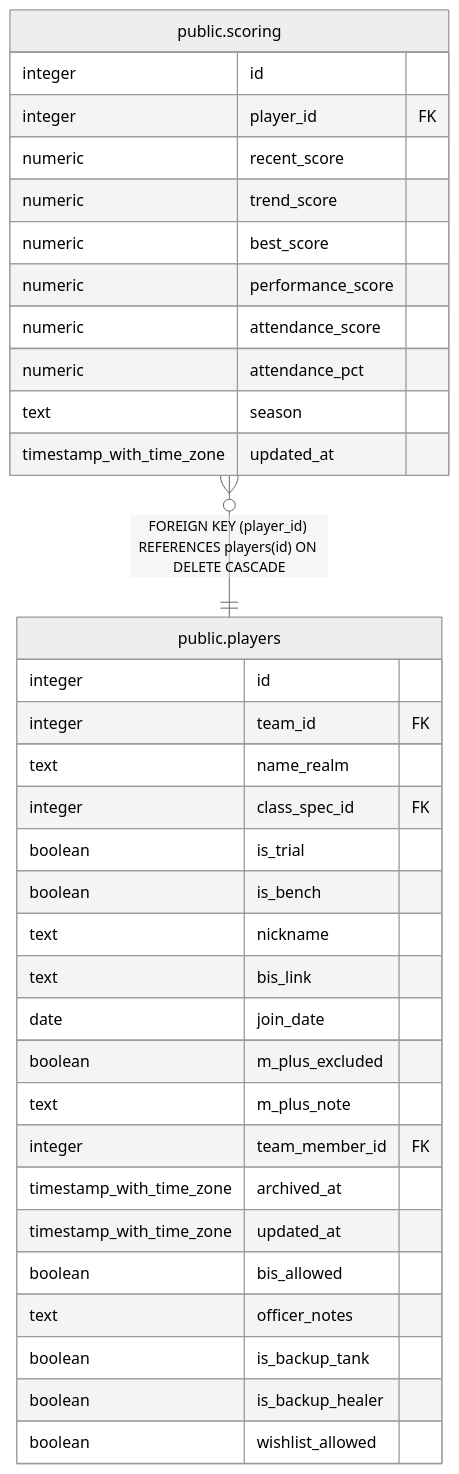
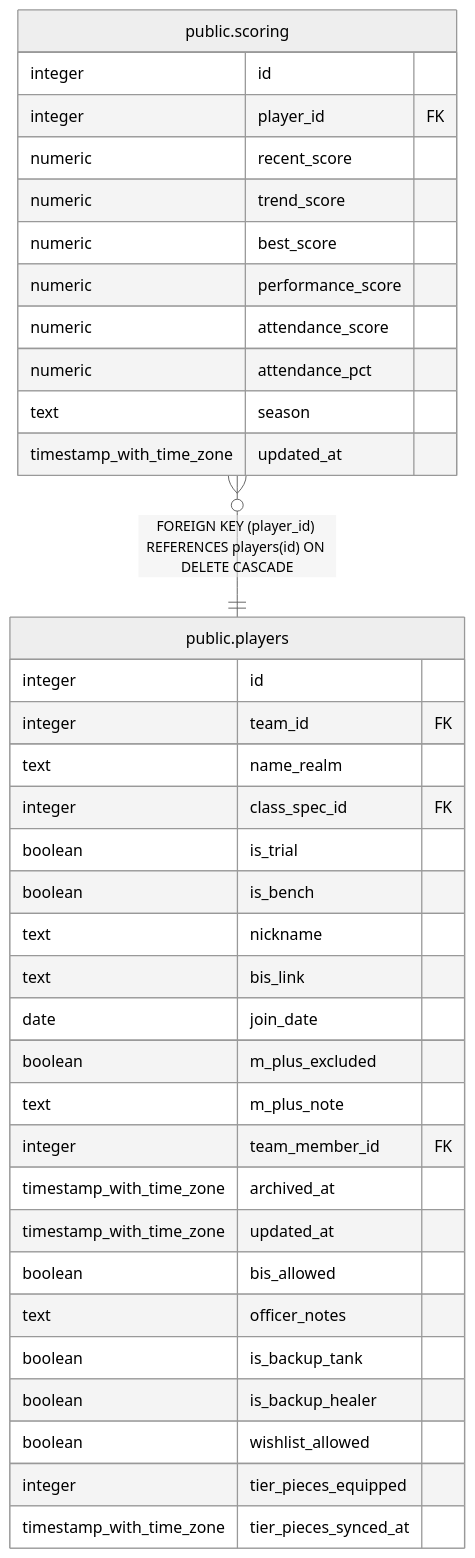
The diagram in dbdoc/public.scoring.md (katogaming88/Phoenix-Roster), drawn with Mermaid (neutral theme) before and after one commit. The commit also changed 35 other files, not shown here.

````diff
--- a/dbdoc/public.scoring.md
+++ b/dbdoc/public.scoring.md
@@ -41,39 +41,41 @@
 ```mermaid
 erDiagram
 
 "public.scoring" }o--|| "public.players" : "FOREIGN KEY (player_id) REFERENCES players(id) ON DELETE CASCADE"
 
 "public.scoring" {
   integer id
   integer player_id FK
   numeric recent_score
   numeric trend_score
   numeric best_score
   numeric performance_score
   numeric attendance_score
   numeric attendance_pct
   text season
   timestamp_with_time_zone updated_at
 }
 "public.players" {
   integer id
   integer team_id FK
   text name_realm
   integer class_spec_id FK
   boolean is_trial
   boolean is_bench
   text nickname
   text bis_link
   date join_date
   boolean m_plus_excluded
   text m_plus_note
   integer team_member_id FK
   timestamp_with_time_zone archived_at
   timestamp_with_time_zone updated_at
   boolean bis_allowed
   text officer_notes
   boolean is_backup_tank
   boolean is_backup_healer
   boolean wishlist_allowed
+  integer tier_pieces_equipped
+  timestamp_with_time_zone tier_pieces_synced_at
 }
 ```
````
